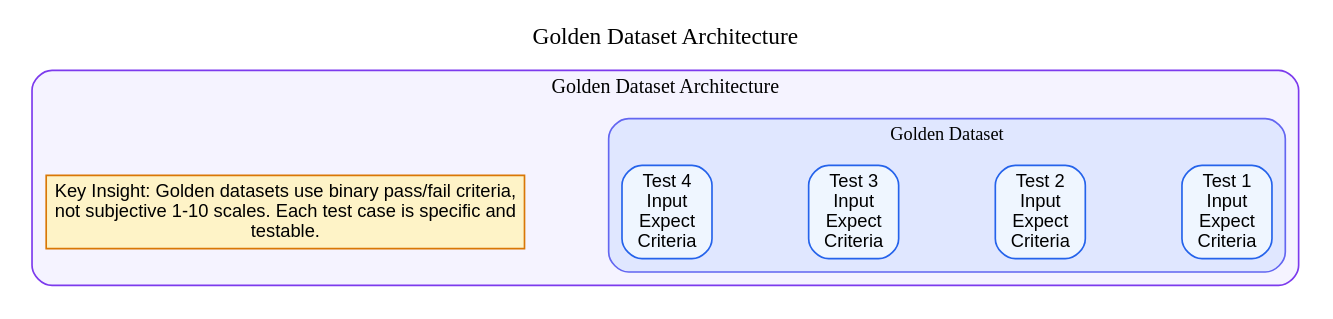
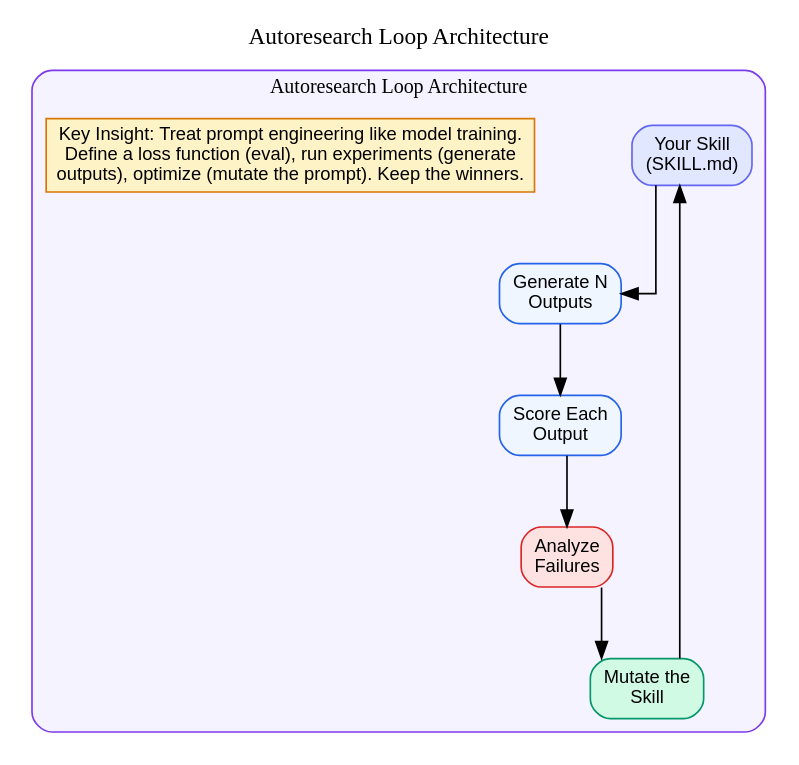
One commit to trancethehuman/workshop-claude-agents changed the diagram in admin/diagrams/labs/week7-lab1-golden-dataset.dot. Above: the diagram before and after it, drawn with Graphviz. The commit also changed 9 other files, not shown here.

First line of the commit message:
docs(labs, lessons): update lab documentation and diagrams for clarity and structure

```diff
--- a/admin/diagrams/labs/week7-lab1-golden-dataset.dot
+++ b/admin/diagrams/labs/week7-lab1-golden-dataset.dot
@@ -1,48 +1,52 @@
-digraph GoldenDataset {
+digraph AutoresearchLoop {
     rankdir=TB;
     newrank=true;
     splines=ortho;
     nodesep=0.8;
     ranksep=0.6;
     bgcolor="white";
     compound=true;
     node [fontname="Arial", fontsize=11, style="rounded,filled"];
     edge [fontname="Arial", fontsize=9];
 
     // Title
-    label="Golden Dataset Architecture";
+    label="Autoresearch Loop Architecture";
     labelloc="t";
     fontsize=14;
     fontname="Arial Bold";
 
     // Main container
-    subgraph cluster_dataset {
-        label="Golden Dataset Architecture";
+    subgraph cluster_loop {
+        label="Autoresearch Loop Architecture";
         style="rounded,filled";
         fillcolor="#F5F3FF";
         color="#7C3AED";
         fontname="Arial Bold";
         fontsize=12;
 
-        // Golden Dataset container
-        subgraph cluster_tests {
-            label="Golden Dataset";
-            style="rounded,filled";
-            fillcolor="#E0E7FF";
-            color="#6366F1";
-            fontname="Arial Bold";
-            fontsize=11;
+        // Skill node
+        skill [label="Your Skill\n(SKILL.md)" shape=box fillcolor="#E0E7FF" color="#6366F1"];
 
-            node [shape=box fillcolor="#EFF6FF" color="#2563EB"];
-            {rank=same; test1; test2; test3; test4}
+        // Generate node
+        generate [label="Generate N\nOutputs" shape=box fillcolor="#EFF6FF" color="#2563EB"];
 
-            test1 [label="Test 1\nInput\nExpect\nCriteria"];
-            test2 [label="Test 2\nInput\nExpect\nCriteria"];
-            test3 [label="Test 3\nInput\nExpect\nCriteria"];
-            test4 [label="Test 4\nInput\nExpect\nCriteria"];
-        }
+        // Score node
+        score [label="Score Each\nOutput" shape=box fillcolor="#EFF6FF" color="#2563EB"];
+
+        // Analyze node
+        analyze [label="Analyze\nFailures" shape=box fillcolor="#FEE2E2" color="#DC2626"];
+
+        // Mutate node
+        mutate [label="Mutate the\nSkill" shape=box fillcolor="#D1FAE5" color="#059669"];
+
+        // Flow
+        skill -> generate;
+        generate -> score;
+        score -> analyze;
+        analyze -> mutate;
+        mutate -> skill;
 
         // Key Insight
-        insight [label="Key Insight: Golden datasets use binary pass/fail criteria,\nnot subjective 1-10 scales. Each test case is specific and\ntestable." shape=box fillcolor="#FEF3C7" color="#D97706" style="filled"];
+        insight [label="Key Insight: Treat prompt engineering like model training.\nDefine a loss function (eval), run experiments (generate\noutputs), optimize (mutate the prompt). Keep the winners." shape=box fillcolor="#FEF3C7" color="#D97706" style="filled"];
     }
 }
```
